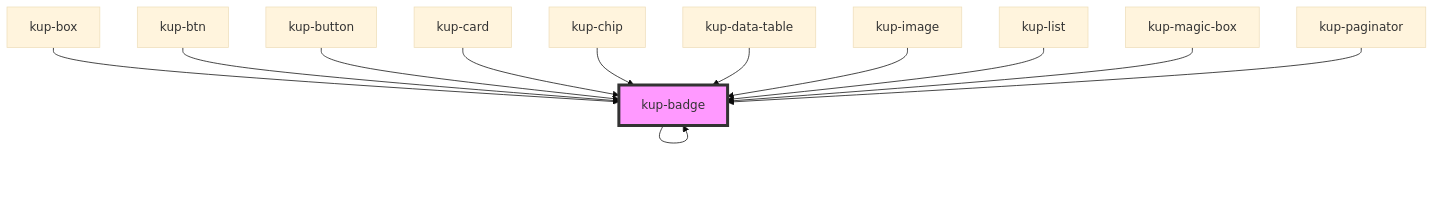
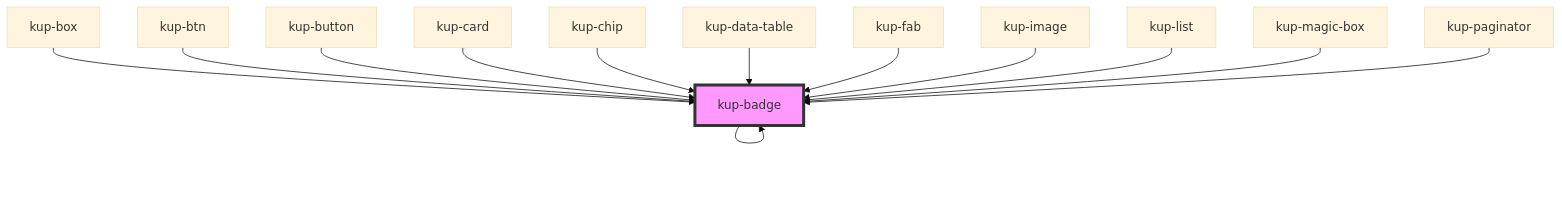
One commit to smeup/ketchup changed the diagram in packages/ketchup/src/components/kup-badge/readme.md. Above: the diagram before and after it, drawn with Mermaid (base theme). The commit also changed other lines of this file and 12 other files, not shown here.

````diff
--- a/packages/ketchup/src/components/kup-badge/readme.md
+++ b/packages/ketchup/src/components/kup-badge/readme.md
@@ -66,15 +67,16 @@
 ```mermaid
 graph TD;
   kup-badge --> kup-badge
   kup-box --> kup-badge
   kup-btn --> kup-badge
   kup-button --> kup-badge
   kup-card --> kup-badge
   kup-chip --> kup-badge
   kup-data-table --> kup-badge
+  kup-fab --> kup-badge
   kup-image --> kup-badge
   kup-list --> kup-badge
   kup-magic-box --> kup-badge
   kup-paginator --> kup-badge
   style kup-badge fill:#f9f,stroke:#333,stroke-width:4px
 ```
````
